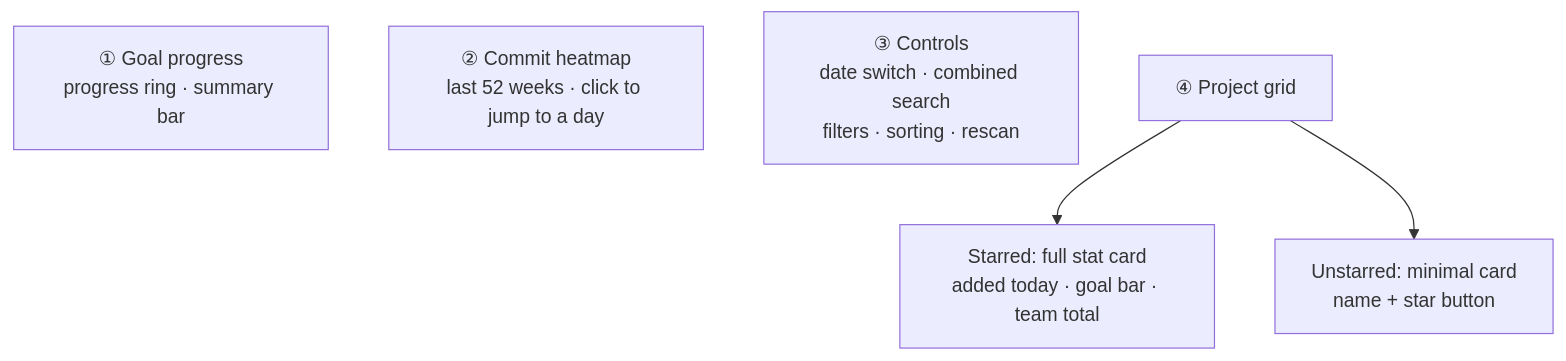
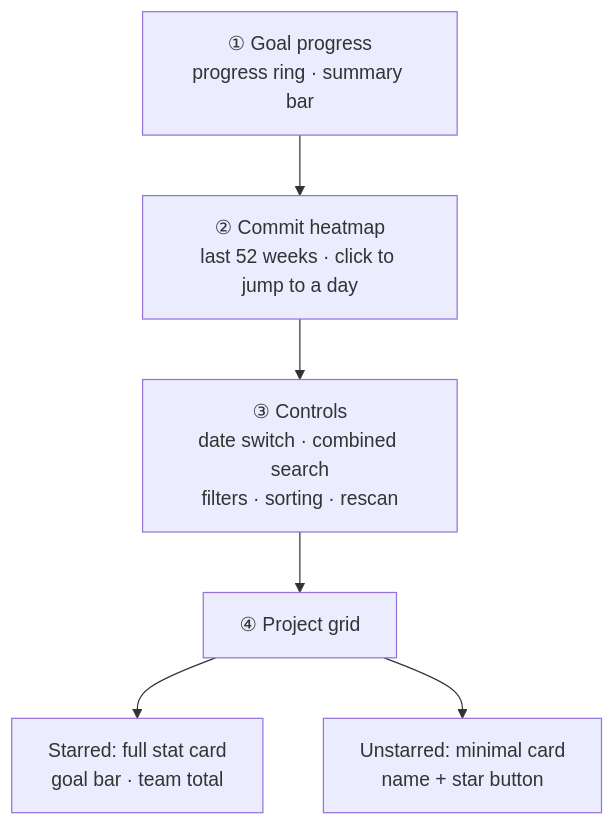
Before and after one commit to sky-jiangcheng/RepoNest: the diagram in docs/en/features/dashboard.md, drawn with Mermaid. The commit also changed 4 other files, not shown here.

First line of the commit message:
docs(diagrams): dashboard 结构图补阅读顺序边 + 两张扁图治理

````diff
--- a/docs/en/features/dashboard.md
+++ b/docs/en/features/dashboard.md
@@ -12,9 +12,8 @@
 ```mermaid
 flowchart TB
-    RING["① Goal progress<br/>progress ring · summary bar"]
-    HEAT["② Commit heatmap<br/>last 52 weeks · click to jump to a day"]
-    CTRL["③ Controls<br/>date switch · combined search<br/>filters · sorting · rescan"]
-    GRID["④ Project grid"]
-    GRID --> STAR["Starred: full stat card<br/>added today · goal bar · team total"]
+    RING["① Goal progress<br/>progress ring · summary bar"] --> HEAT["② Commit heatmap<br/>last 52 weeks · click to jump to a day"]
+    HEAT --> CTRL["③ Controls<br/>date switch · combined search<br/>filters · sorting · rescan"]
+    CTRL --> GRID["④ Project grid"]
+    GRID --> STAR["Starred: full stat card<br/>goal bar · team total"]
     GRID --> PLAIN["Unstarred: minimal card<br/>name + star button"]
 ```
````
